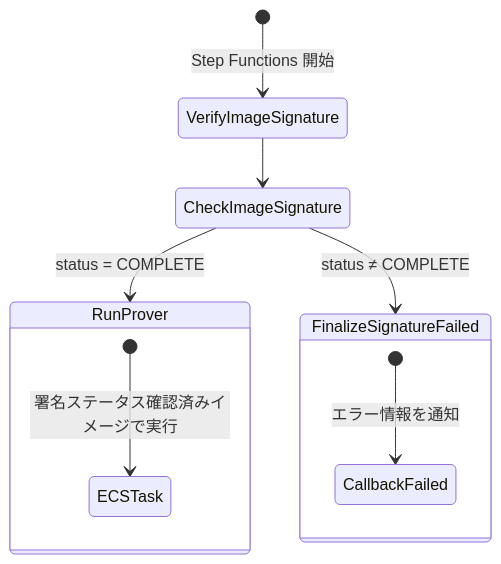
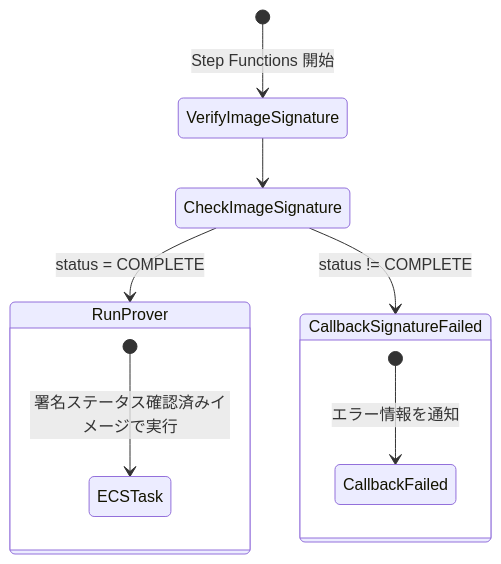
The second of 3 diagrams in public-book/src/aws/image-signing.md (hwatanabe-jp/stark-ballot-simulator-public), drawn with Mermaid before and after one commit. The commit also changed other lines of this file and 1491 other files, not shown here.

````diff
--- a/public-book/src/aws/image-signing.md
+++ b/public-book/src/aws/image-signing.md
@@ -54,17 +83,17 @@
 ```mermaid
 stateDiagram-v2
   [*] --> VerifyImageSignature: Step Functions 開始
   VerifyImageSignature --> CheckImageSignature
 
   state CheckImageSignature <<choice>>
   CheckImageSignature --> RunProver: status = COMPLETE
-  CheckImageSignature --> FinalizeSignatureFailed: status ≠ COMPLETE
+  CheckImageSignature --> CallbackSignatureFailed: status != COMPLETE
 
-  state FinalizeSignatureFailed {
+  state CallbackSignatureFailed {
     [*] --> CallbackFailed: エラー情報を通知
   }
 
   state RunProver {
     [*] --> ECSTask: 署名ステータス確認済みイメージで実行
   }
 ```
````
